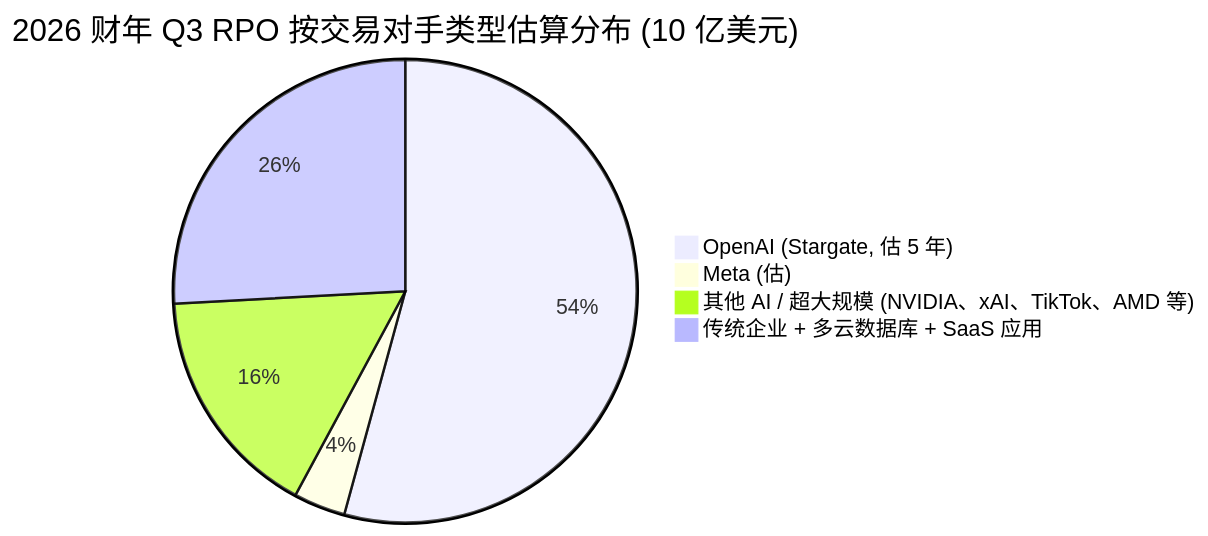
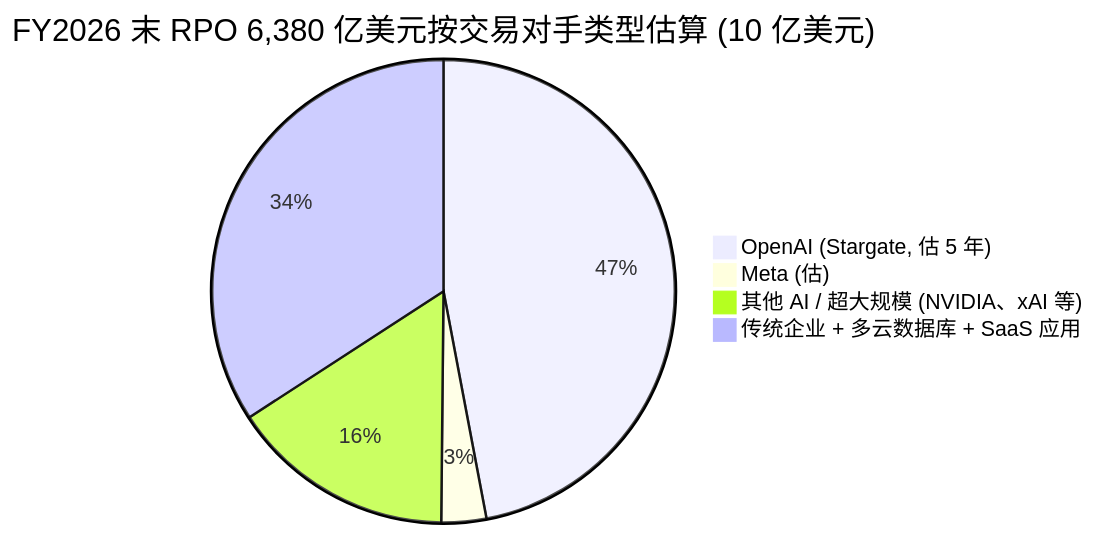
One commit to dadachundan/financial_agent changed the third of 4 diagrams in reports/company/Oracle_NYSE_ORCL/Oracle_NYSE_ORCL_公司研究.md. Above: the diagram before and after it, drawn with Mermaid. The commit also changed other lines of this file, not shown here.

````diff
--- a/reports/company/Oracle_NYSE_ORCL/Oracle_NYSE_ORCL_公司研究.md
+++ b/reports/company/Oracle_NYSE_ORCL/Oracle_NYSE_ORCL_公司研究.md
@@ -230,7 +550,7 @@
 ```mermaid
-pie title 2026 财年 Q3 RPO 按交易对手类型估算分布 (10 亿美元)
+pie title FY2026 末 RPO 6,380 亿美元按交易对手类型估算 (10 亿美元)
     "OpenAI (Stargate, 估 5 年)" : 300
     "Meta (估)" : 20
-    "其他 AI / 超大规模 (NVIDIA、xAI、TikTok、AMD 等)" : 90
-    "传统企业 + 多云数据库 + SaaS 应用" : 143
+    "其他 AI / 超大规模 (NVIDIA、xAI 等)" : 100
+    "传统企业 + 多云数据库 + SaaS 应用" : 218
 ```
````
